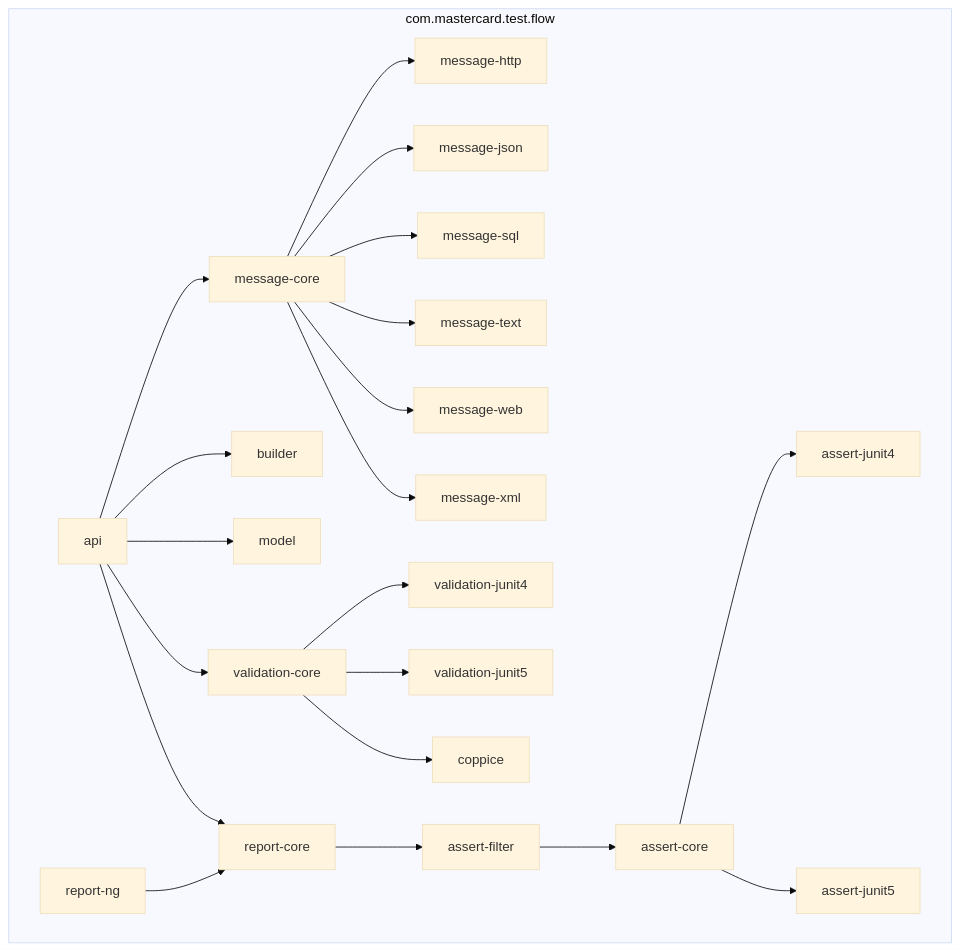
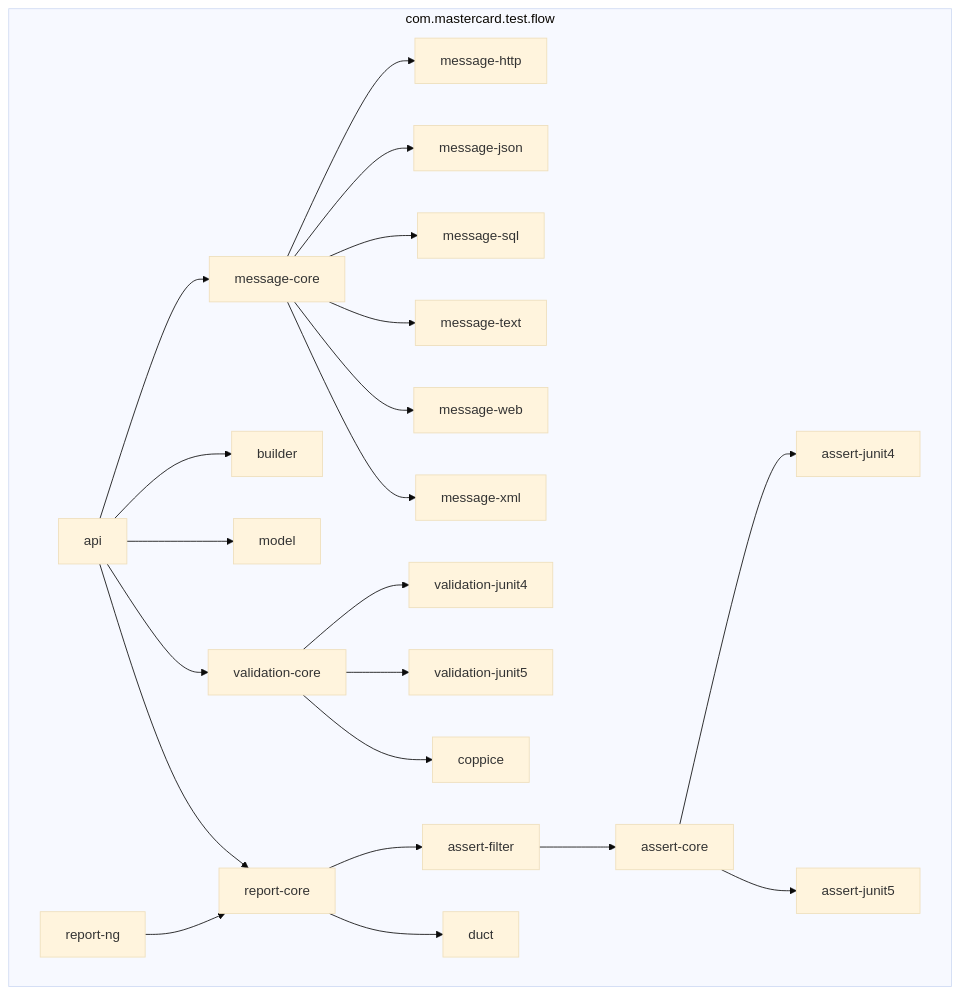
Before and after one commit to Mastercard/flow: the diagram in README.md, drawn with Mermaid (base theme). The commit also changed 111 other files, not shown here.

````diff
--- a/README.md
+++ b/README.md
@@ -50,24 +50,25 @@
 ```mermaid
 graph TB
   subgraph com.mastercard.test.flow
     api --> message-core
     api --> builder
     api --> model
     api --> validation-core
     api --> report-core
     assert-core --> assert-junit4
     assert-core --> assert-junit5
     assert-filter --> assert-core
     message-core --> message-http
     message-core --> message-json
     message-core --> message-sql
     message-core --> message-text
     message-core --> message-web
     message-core --> message-xml
     report-core --> assert-filter
+    report-core --> duct
     report-ng --> report-core
     validation-core --> validation-junit4
     validation-core --> validation-junit5
     validation-core --> coppice
   end
 ```
````
